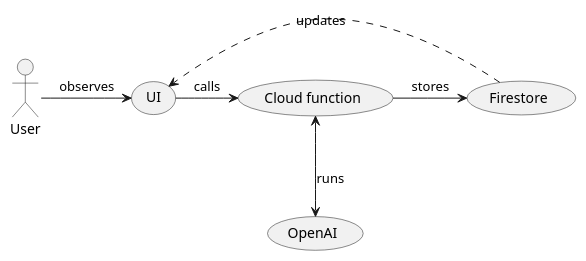
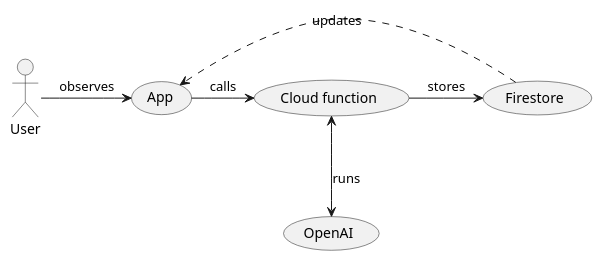
The diagram in readme/usecase.puml (motorro/firebase-ai-chat), drawn with PlantUML before and after one commit. The commit also changed 1 other file, not shown here.

```diff
--- a/readme/usecase.puml
+++ b/readme/usecase.puml
@@ -1,12 +1,12 @@
 @startuml
 'https://plantuml.com/use-case-diagram
 
 :User:
-(UI)
-User -> (UI): observes
-(UI) -> (Cloud function): calls
+(App)
+User -> (App): observes
+(App) -> (Cloud function): calls
 (Cloud function) <--> (OpenAI): runs
 (Cloud function) -> (Firestore): stores
-(Firestore) .> (UI): updates
+(Firestore) .> (App): updates
 
 @enduml
```
